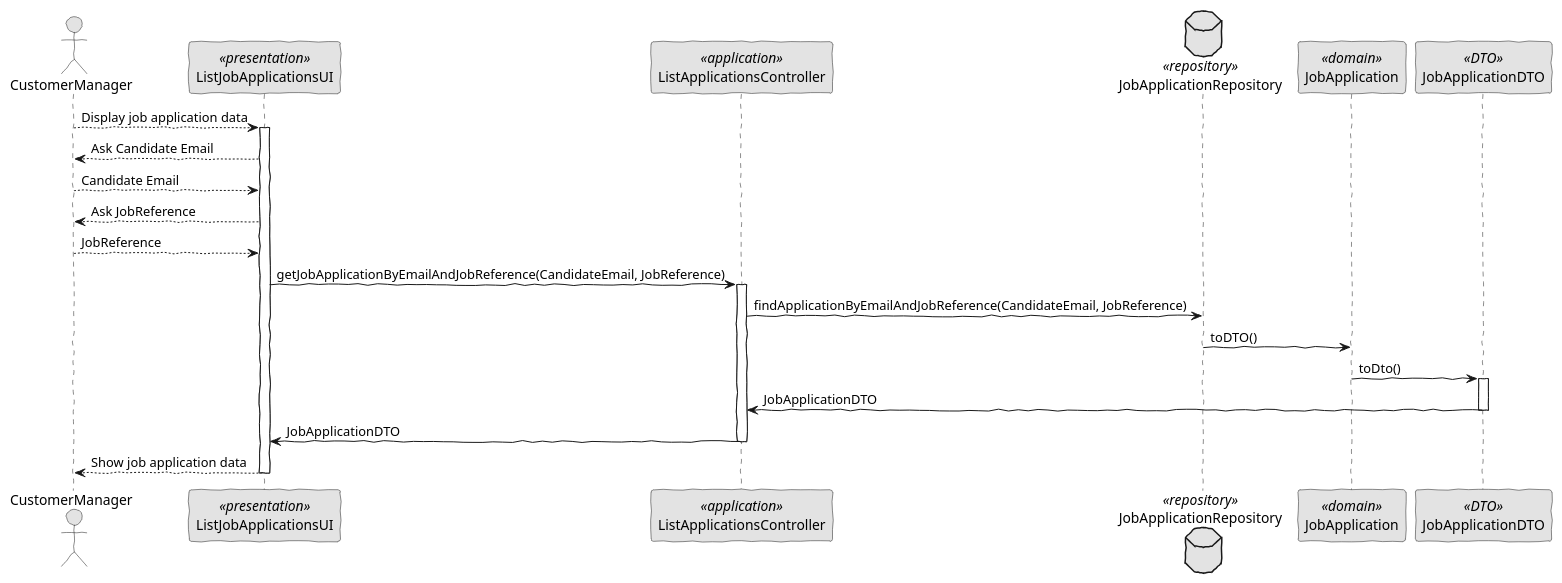
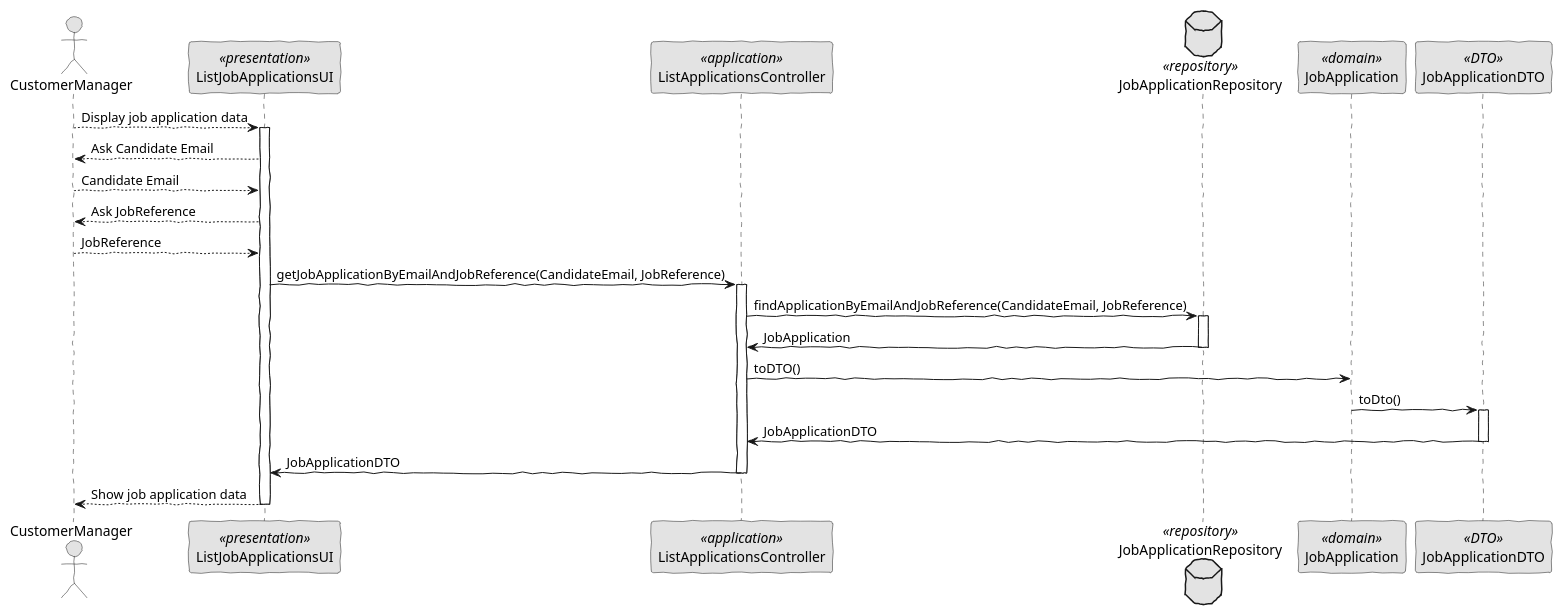
One commit to JoelBrunoFerreira/isep-lapr4 changed the diagram in docs/US_Sprint_C/US1021/US1021.puml. Above: the diagram before and after it, drawn with PlantUML. The commit also changed 6 other files, not shown here.

```diff
--- a/docs/US_Sprint_C/US1021/US1021.puml
+++ b/docs/US_Sprint_C/US1021/US1021.puml
@@ -1,45 +1,47 @@
 @startuml
 'http://plantuml.com/skinparam.html
 skinparam handwritten true
 skinparam monochrome true
 skinparam packageStyle rect
 skinparam defaultFontName FG Virgil
 skinparam shadowing false
 
 actor CustomerManager as Actor
 participant ListJobApplicationsUI as UI <<presentation>>
 participant ListApplicationsController as Controller <<application>>
 database JobApplicationRepository as Repository <<repository>>
 participant JobApplication as Domain <<domain>>
 participant JobApplicationDTO as DTO <<DTO>>
 
 Actor --> UI: Display job application data
 activate UI
     UI --> Actor: Ask Candidate Email
     Actor --> UI: Candidate Email
 
     UI --> Actor: Ask JobReference
         Actor --> UI: JobReference
 
     UI -> Controller: getJobApplicationByEmailAndJobReference(CandidateEmail, JobReference)
 
     activate Controller
         Controller -> Repository: findApplicationByEmailAndJobReference(CandidateEmail, JobReference)
+            activate Repository
+            Repository -> Controller: JobApplication
+            deactivate Repository
 
-
-            Repository -> Domain: toDTO()
+            Controller -> Domain: toDTO()
 
             Domain -> DTO: toDto()
             activate DTO
             DTO -> Controller: JobApplicationDTO
             deactivate DTO
 
 
         Controller -> UI: JobApplicationDTO
     deactivate Controller
 
 
     UI --> Actor: Show job application data
 
 deactivate UI
 @enduml
```
